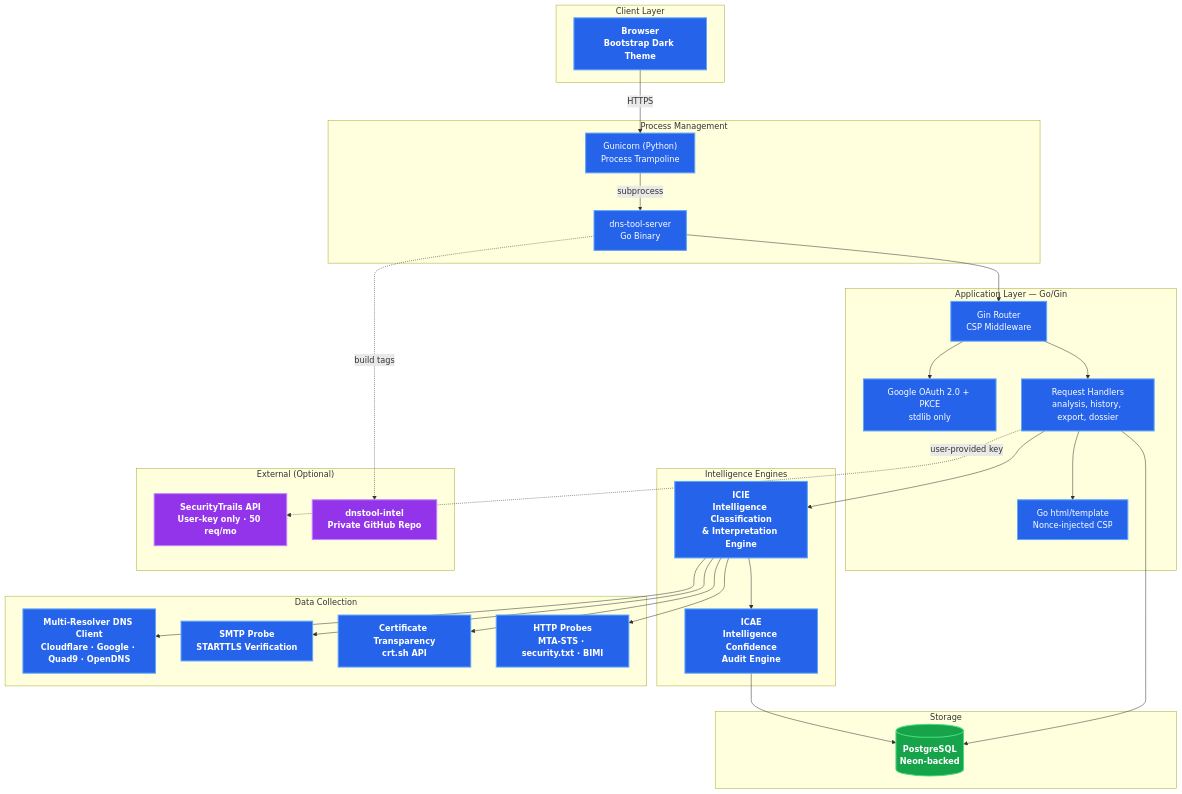
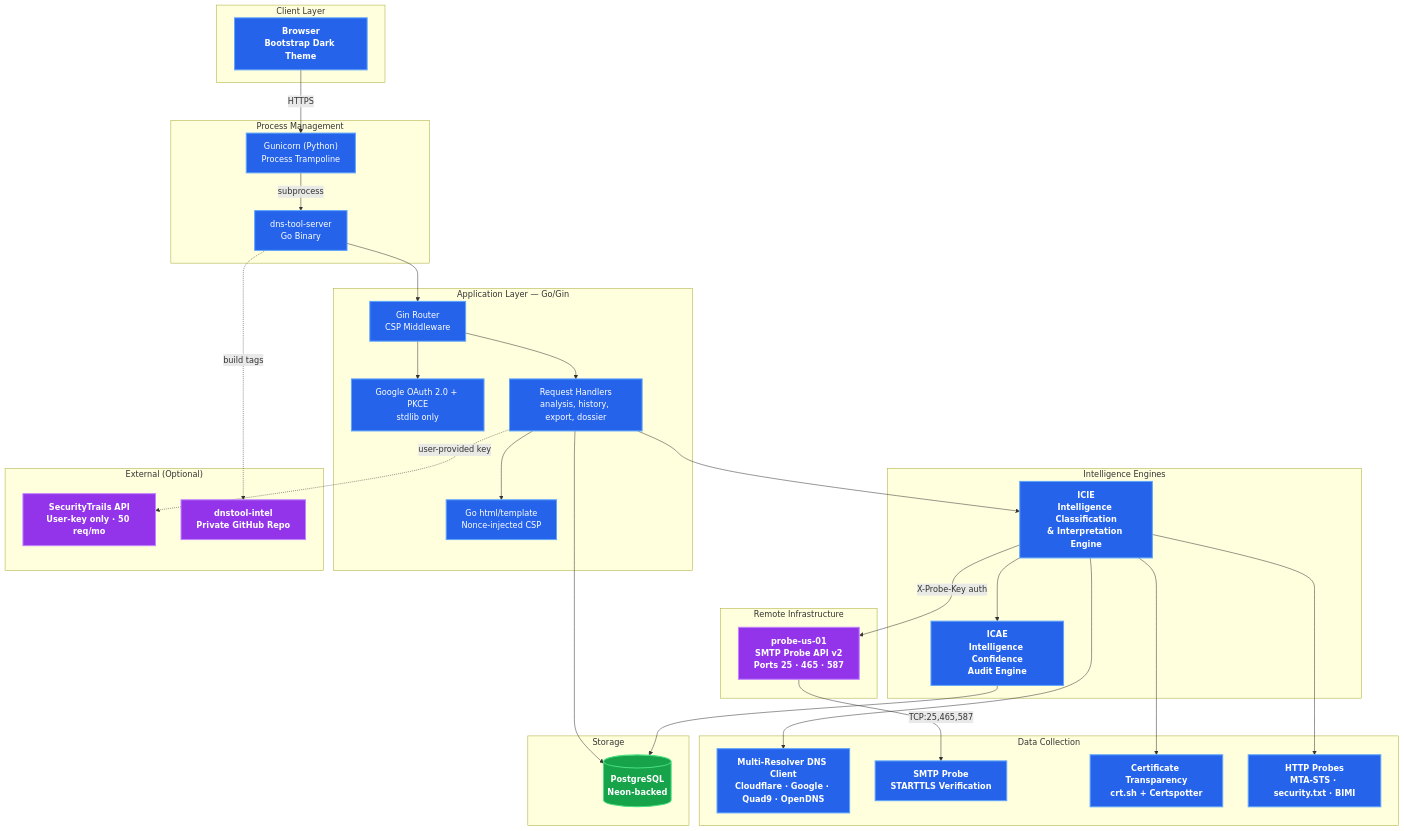
One commit to careyjames/DnsToolWeb changed the first of 7 diagrams in docs/architecture/SYSTEM_ARCHITECTURE.md. Above: the diagram before and after it, drawn with Mermaid. The commit also changed other lines of this file and 10 other files, not shown here.

````diff
--- a/docs/architecture/SYSTEM_ARCHITECTURE.md
+++ b/docs/architecture/SYSTEM_ARCHITECTURE.md
@@ -5,70 +5,76 @@
 ```mermaid
 graph TB
     subgraph "Client Layer"
         Browser["Browser<br/>Bootstrap Dark Theme"]
     end
 
     subgraph "Process Management"
         Gunicorn["Gunicorn (Python)<br/>Process Trampoline"]
         GoBinary["dns-tool-server<br/>Go Binary"]
     end
 
     subgraph "Application Layer — Go/Gin"
         Router["Gin Router<br/>CSP Middleware"]
         Auth["Google OAuth 2.0 + PKCE<br/>stdlib only"]
         Handlers["Request Handlers<br/>analysis, history, export, dossier"]
         Templates["Go html/template<br/>Nonce-injected CSP"]
     end
 
     subgraph "Intelligence Engines"
         ICIE["ICIE<br/>Intelligence Classification<br/>& Interpretation Engine"]
         ICAE["ICAE<br/>Intelligence Confidence<br/>Audit Engine"]
     end
 
     subgraph "Data Collection"
         DNSClient["Multi-Resolver DNS Client<br/>Cloudflare · Google · Quad9 · OpenDNS"]
         SMTP["SMTP Probe<br/>STARTTLS Verification"]
-        CT["Certificate Transparency<br/>crt.sh API"]
+        CT["Certificate Transparency<br/>crt.sh + Certspotter"]
         HTTP["HTTP Probes<br/>MTA-STS · security.txt · BIMI"]
+    end
+
+    subgraph "Remote Infrastructure"
+        ProbeServer["probe-us-01<br/>SMTP Probe API v2<br/>Ports 25 · 465 · 587"]
     end
 
     subgraph "Storage"
         PG[("PostgreSQL<br/>Neon-backed")]
     end
 
     subgraph "External (Optional)"
         SecurityTrails["SecurityTrails API<br/>User-key only · 50 req/mo"]
         IntelRepo["dnstool-intel<br/>Private GitHub Repo"]
     end
 
     Browser -->|"HTTPS"| Gunicorn
     Gunicorn -->|"subprocess"| GoBinary
     GoBinary --> Router
     Router --> Auth
     Router --> Handlers
     Handlers --> Templates
     Handlers --> ICIE
     ICIE --> DNSClient
-    ICIE --> SMTP
+    ICIE -->|"X-Probe-Key auth"| ProbeServer
+    ProbeServer -->|"TCP:25,465,587"| SMTP
     ICIE --> CT
     ICIE --> HTTP
     ICIE --> ICAE
     Handlers --> PG
     ICAE --> PG
     Handlers -.->|"user-provided key"| SecurityTrails
     GoBinary -.->|"build tags"| IntelRepo
 
     classDef default fill:#2563eb,stroke:#60a5fa,stroke-width:2px,color:#f0f6fc
     classDef engine fill:#2563eb,stroke:#60a5fa,stroke-width:2px,color:#fff,font-weight:bold
     classDef storage fill:#16a34a,stroke:#4ade80,stroke-width:2px,color:#fff,font-weight:bold
     classDef external fill:#9333ea,stroke:#c084fc,stroke-width:2px,color:#fff,font-weight:bold
     classDef client fill:#2563eb,stroke:#60a5fa,stroke-width:2px,color:#fff,font-weight:bold
     classDef app fill:#2563eb,stroke:#60a5fa,stroke-width:2px,color:#fff
     class ICIE,ICAE engine
     class PG storage
     class SecurityTrails,IntelRepo external
     class Browser client
     class Router,Auth,Handlers,Templates app
     class DNSClient,SMTP,CT,HTTP engine
+    class ProbeServer external
     class Gunicorn,GoBinary app
 ```
````
